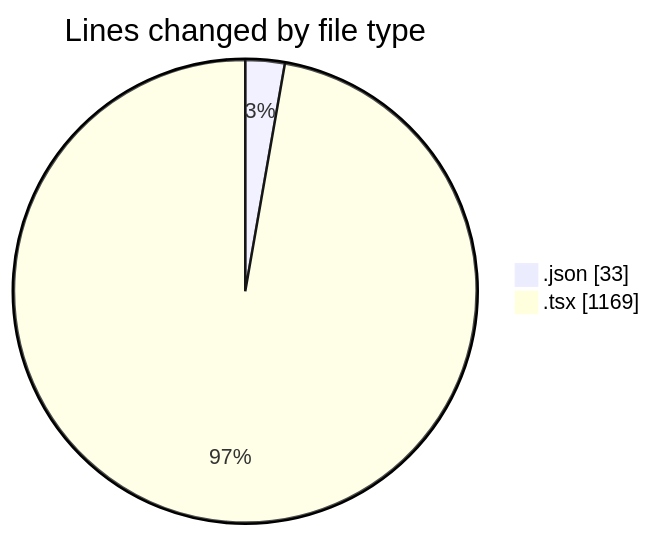
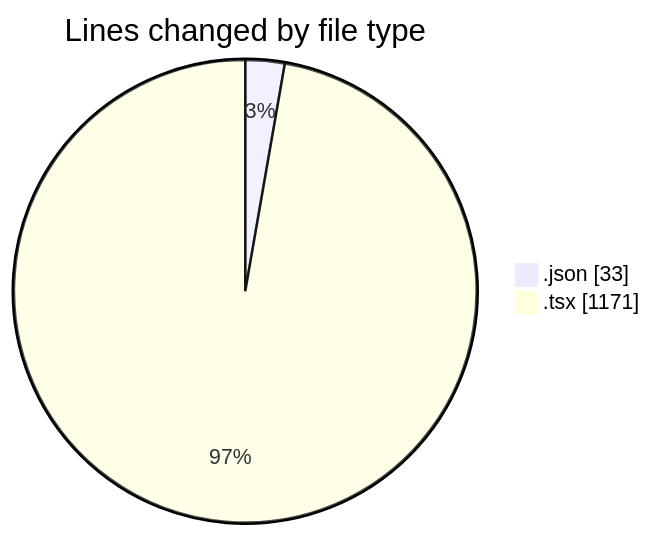
Before and after one commit to Elitesun/code-tracking: the first of 2 diagrams in 2025-03-11/projet_stage/README.md, drawn with Mermaid. The commit also changed other lines of this file and 1 other file, not shown here.

````diff
--- a/2025-03-11/projet_stage/README.md
+++ b/2025-03-11/projet_stage/README.md
@@ -30,6 +30,6 @@
 ```mermaid
 pie showData
 title Lines changed by file type
 ".json" : 33
-".tsx" : 1169
+".tsx" : 1171
 ```
````
